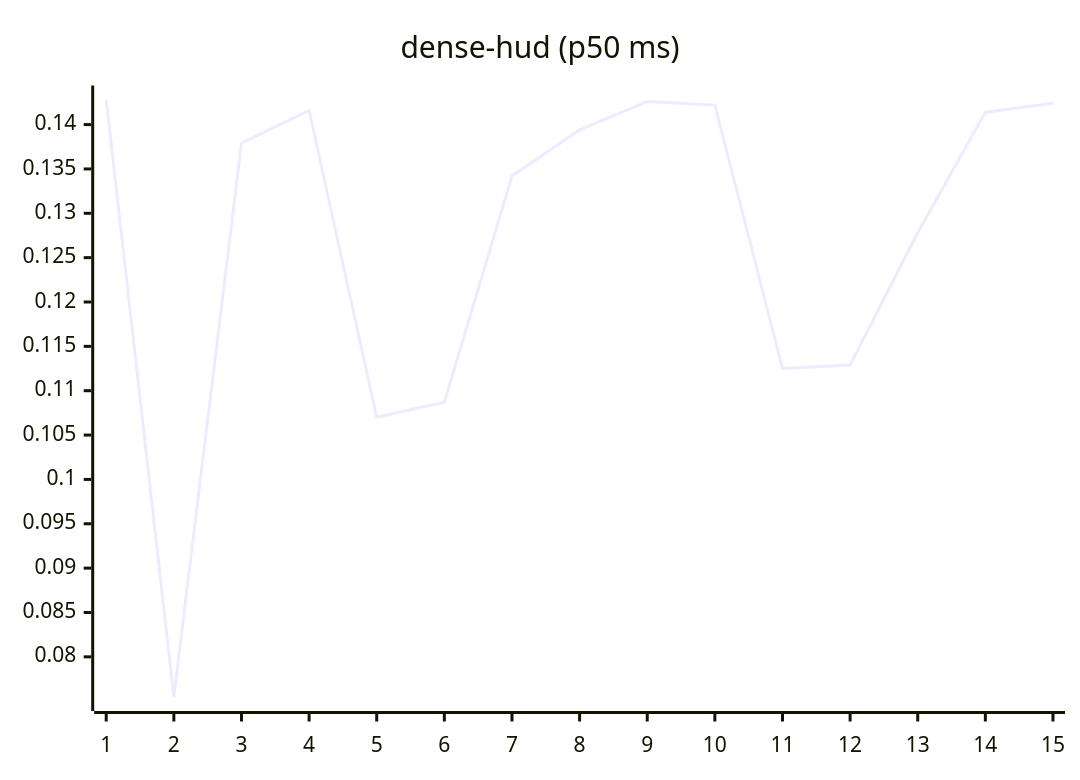
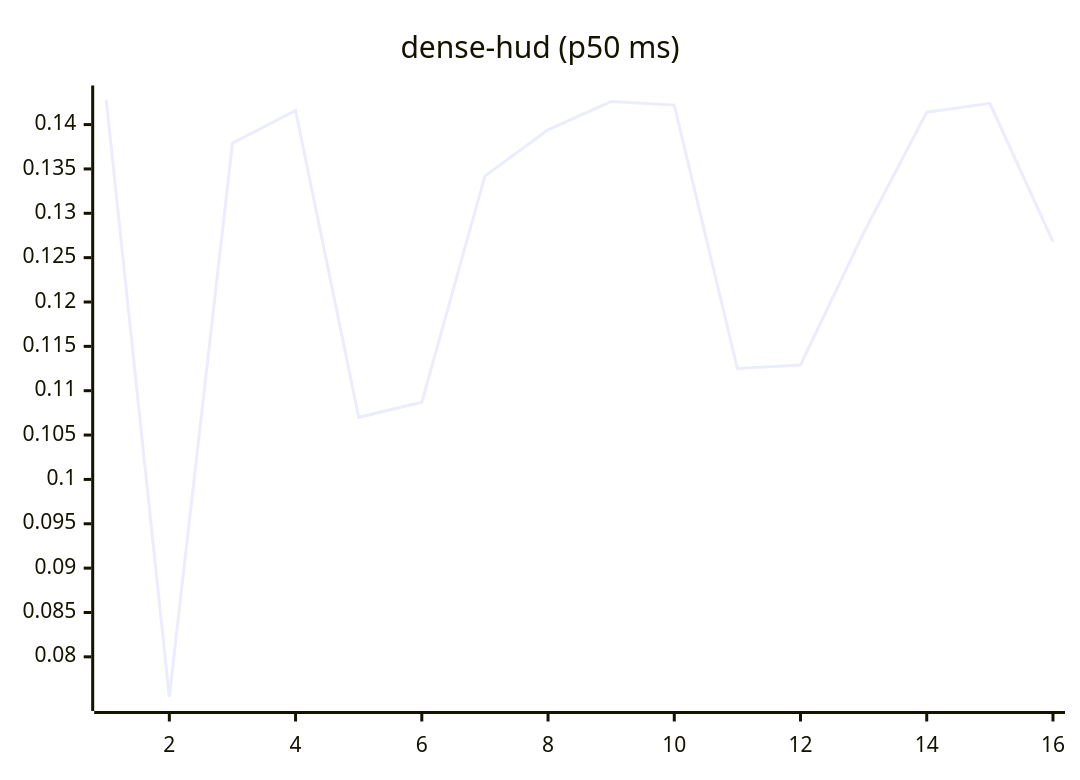
Before and after one commit to josha/Facet: the eighth of 27 diagrams in README.md, drawn with Mermaid. The commit also changed other lines of this file and 2 other files, not shown here.

````diff
--- a/README.md
+++ b/README.md
@@ -112,6 +112,6 @@
 ```mermaid
 xychart-beta
     title "dense-hud (p50 ms)"
-    x-axis 1 --> 15
-    line [0.1428, 0.0755, 0.1379, 0.1416, 0.1070, 0.1087, 0.1342, 0.1394, 0.1426, 0.1422, 0.1125, 0.1129, 0.1278, 0.1414, 0.1424]
+    x-axis 1 --> 16
+    line [0.1428, 0.0755, 0.1379, 0.1416, 0.1070, 0.1087, 0.1342, 0.1394, 0.1426, 0.1422, 0.1125, 0.1129, 0.1278, 0.1414, 0.1424, 0.1268]
 ```
````
